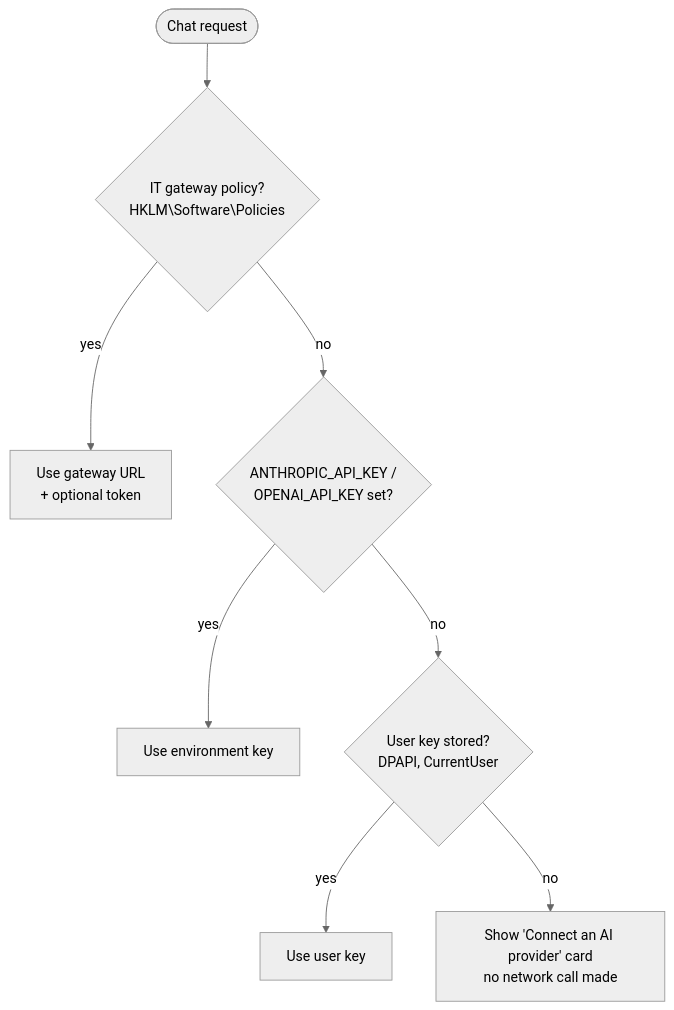
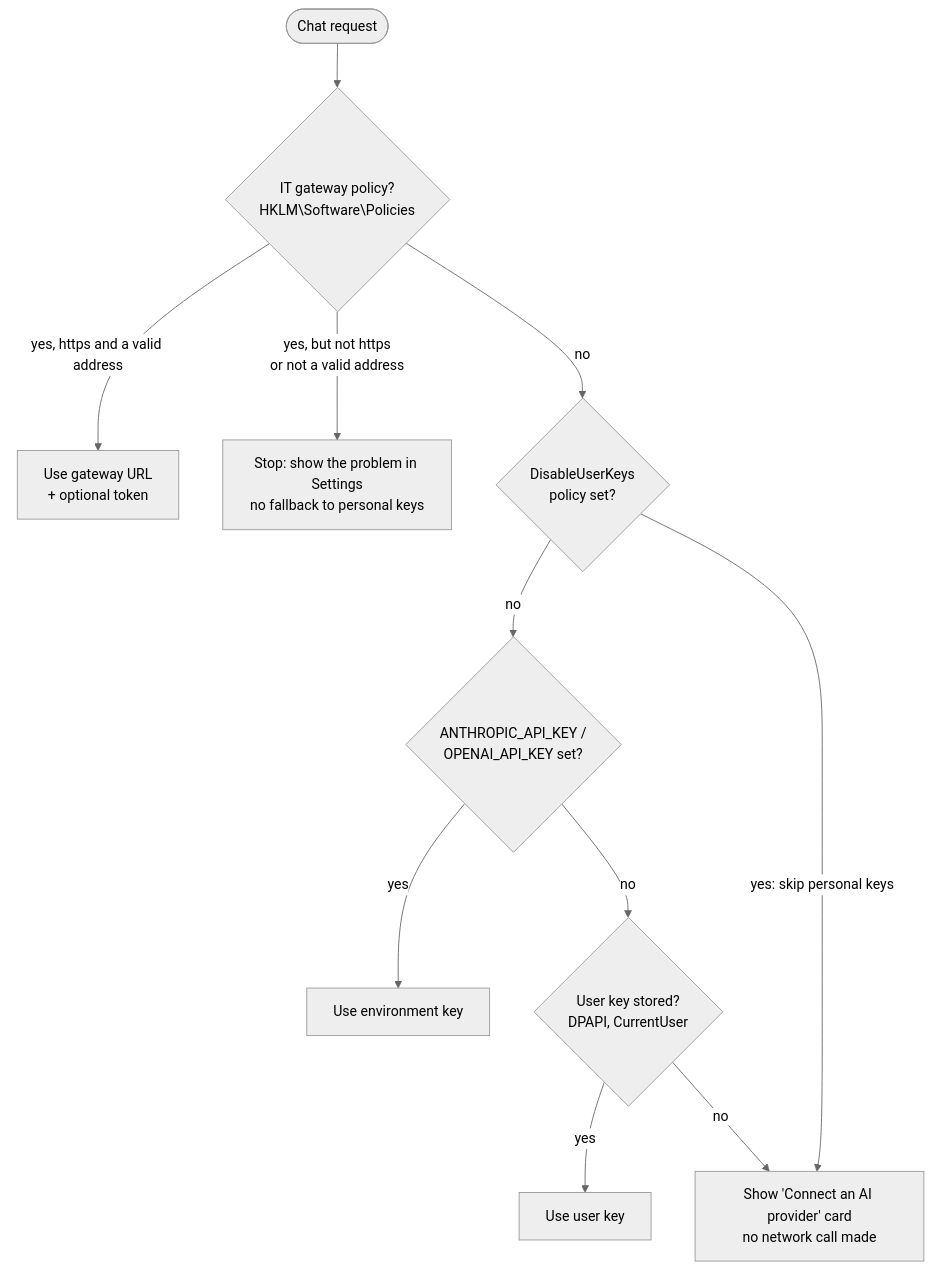
The fourth of 6 diagrams in docs/design.md (RelentlessOldMan/ChatbotAddonDemo), drawn with Mermaid (neutral theme) before and after one commit. The commit also changed other lines of this file and 8 other files, not shown here.

First line of the commit message:
Docs: add a glossary, use one name per concept, and fix cost, data-flow and factual details

````diff
--- a/docs/design.md
+++ b/docs/design.md
@@ -256,10 +260,13 @@
 ```mermaid
 flowchart TD
-    start([Chat request]) --> gw{IT gateway policy?<br/>HKLM\Software\Policies}
-    gw -- yes --> usegw[Use gateway URL<br/>+ optional token]
-    gw -- no --> env{ANTHROPIC_API_KEY /<br/>OPENAI_API_KEY set?}
-    env -- yes --> useenv[Use environment key]
-    env -- no --> user{User key stored?<br/>DPAPI, CurrentUser}
-    user -- yes --> useuser[Use user key]
+    start([Chat request]) --> gw{"IT gateway policy?<br/>HKLM\Software\Policies"}
+    gw -- "yes, https and a valid address" --> usegw["Use gateway URL<br/>+ optional token"]
+    gw -- "yes, but not https<br/>or not a valid address" --> bad["Stop: show the problem in Settings<br/>no fallback to personal keys"]
+    gw -- no --> dis{"DisableUserKeys<br/>policy set?"}
+    dis -- no --> env{"ANTHROPIC_API_KEY /<br/>OPENAI_API_KEY set?"}
+    env -- yes --> useenv["Use environment key"]
+    env -- no --> user{"User key stored?<br/>DPAPI, CurrentUser"}
+    user -- yes --> useuser["Use user key"]
     user -- no --> prompt["Show 'Connect an AI provider' card<br/>no network call made"]
+    dis -- "yes: skip personal keys" --> prompt
 ```
````
